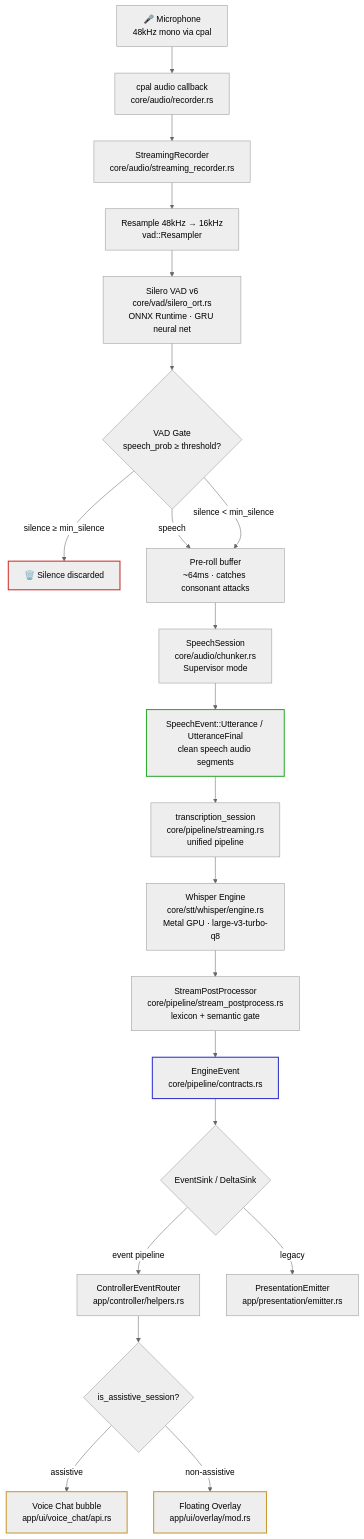
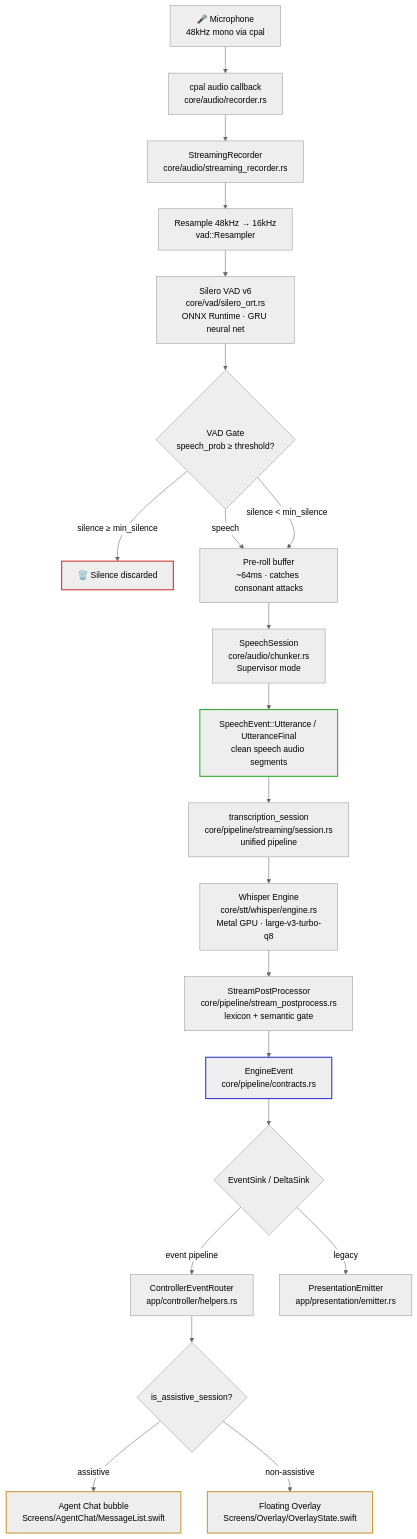
One commit to vetcoders/codescribe changed the second of 2 diagrams in docs/OVERLAY_STREAMING.md. Above: the diagram before and after it, drawn with Mermaid (neutral theme). The commit also changed other lines of this file and 5 other files, not shown here.

````diff
--- a/docs/OVERLAY_STREAMING.md
+++ b/docs/OVERLAY_STREAMING.md
@@ -53,50 +58,50 @@
 ```mermaid
 flowchart TD
     MIC[🎤 Microphone\n48kHz mono via cpal]
     CPAL[cpal audio callback\ncore/audio/recorder.rs]
     SR[StreamingRecorder\ncore/audio/streaming_recorder.rs]
     RESAMPLE[Resample 48kHz → 16kHz\nvad::Resampler]
     VAD[Silero VAD v6\ncore/vad/silero_ort.rs\nONNX Runtime · GRU neural net]
     GATE{VAD Gate\nspeech_prob ≥ threshold?}
     DROP[🗑️ Silence discarded]
     PREROLL[Pre-roll buffer\n~64ms · catches consonant attacks]
     SPEECH[SpeechSession\ncore/audio/chunker.rs\nSupervisor mode]
     CHUNK[SpeechEvent::Utterance / UtteranceFinal\nclean speech audio segments]
-    WORKER[transcription_session\ncore/pipeline/streaming.rs\nunified pipeline]
+    WORKER[transcription_session\ncore/pipeline/streaming/session.rs\nunified pipeline]
     WHISPER[Whisper Engine\ncore/stt/whisper/engine.rs\nMetal GPU · large-v3-turbo-q8]
     POSTPROC[StreamPostProcessor\ncore/pipeline/stream_postprocess.rs\nlexicon + semantic gate]
     EVENT[EngineEvent\ncore/pipeline/contracts.rs]
     SINK{EventSink / DeltaSink}
     ROUTER[ControllerEventRouter\napp/controller/helpers.rs]
     EMITTER[PresentationEmitter\napp/presentation/emitter.rs]
     CHECK{is_assistive_session?}
-    ASSIST[Voice Chat bubble\napp/ui/voice_chat/api.rs]
-    OVERLAY[Floating Overlay\napp/ui/overlay/mod.rs]
+    ASSIST[Agent Chat bubble\nScreens/AgentChat/MessageList.swift]
+    OVERLAY[Floating Overlay\nScreens/Overlay/OverlayState.swift]
 
     MIC --> CPAL
     CPAL --> SR
     SR --> RESAMPLE
     RESAMPLE --> VAD
     VAD --> GATE
     GATE -->|speech| PREROLL
     GATE -->|silence < min_silence| PREROLL
     GATE -->|silence ≥ min_silence| DROP
     PREROLL --> SPEECH
     SPEECH --> CHUNK
     CHUNK --> WORKER
     WORKER --> WHISPER
     WHISPER --> POSTPROC
     POSTPROC --> EVENT
     EVENT --> SINK
     SINK -->|event pipeline| ROUTER
     SINK -->|legacy| EMITTER
     ROUTER --> CHECK
     CHECK -->|assistive| ASSIST
     CHECK -->|non-assistive| OVERLAY
 
     style DROP stroke:#c33,stroke-width:2px
     style CHUNK stroke:#3a3,stroke-width:2px
     style EVENT stroke:#33c,stroke-width:2px
     style OVERLAY stroke:#c93,stroke-width:2px
     style ASSIST stroke:#c93,stroke-width:2px
 ```
````
